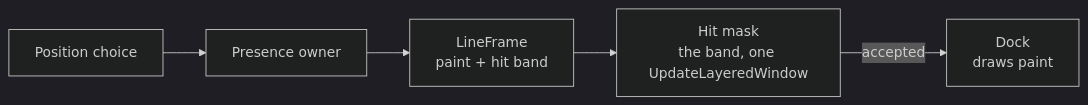
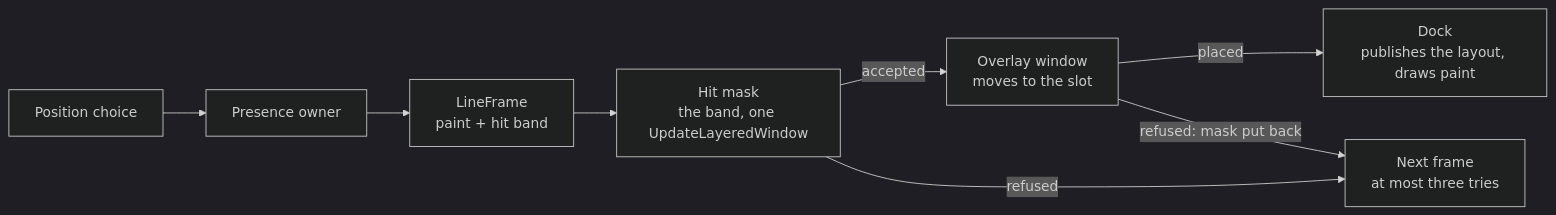
The second of 3 diagrams in docs/development/presence.md (labcoder/capsula), drawn with Mermaid (dark theme) before and after one commit. The commit also changed other lines of this file and 8 other files, not shown here.

Commit message:
fix(shell): place the dock only once its mask and overlay are accepted

````diff
--- a/docs/development/presence.md
+++ b/docs/development/presence.md
@@ -96,7 +96,10 @@
 ```mermaid
 flowchart LR
     Pos["Position choice"] --> Owner["Presence owner"]
     Owner --> Frame["LineFrame<br/>paint + hit band"]
     Frame --> Mask["Hit mask<br/>the band, one UpdateLayeredWindow"]
-    Mask -->|accepted| Dock["Dock<br/>draws paint"]
+    Mask -->|accepted| Overlay["Overlay window<br/>moves to the slot"]
+    Overlay -->|placed| Dock["Dock<br/>publishes the layout, draws paint"]
+    Mask -->|refused| Retry["Next frame<br/>at most three tries"]
+    Overlay -->|refused: mask put back| Retry
 ```
````
